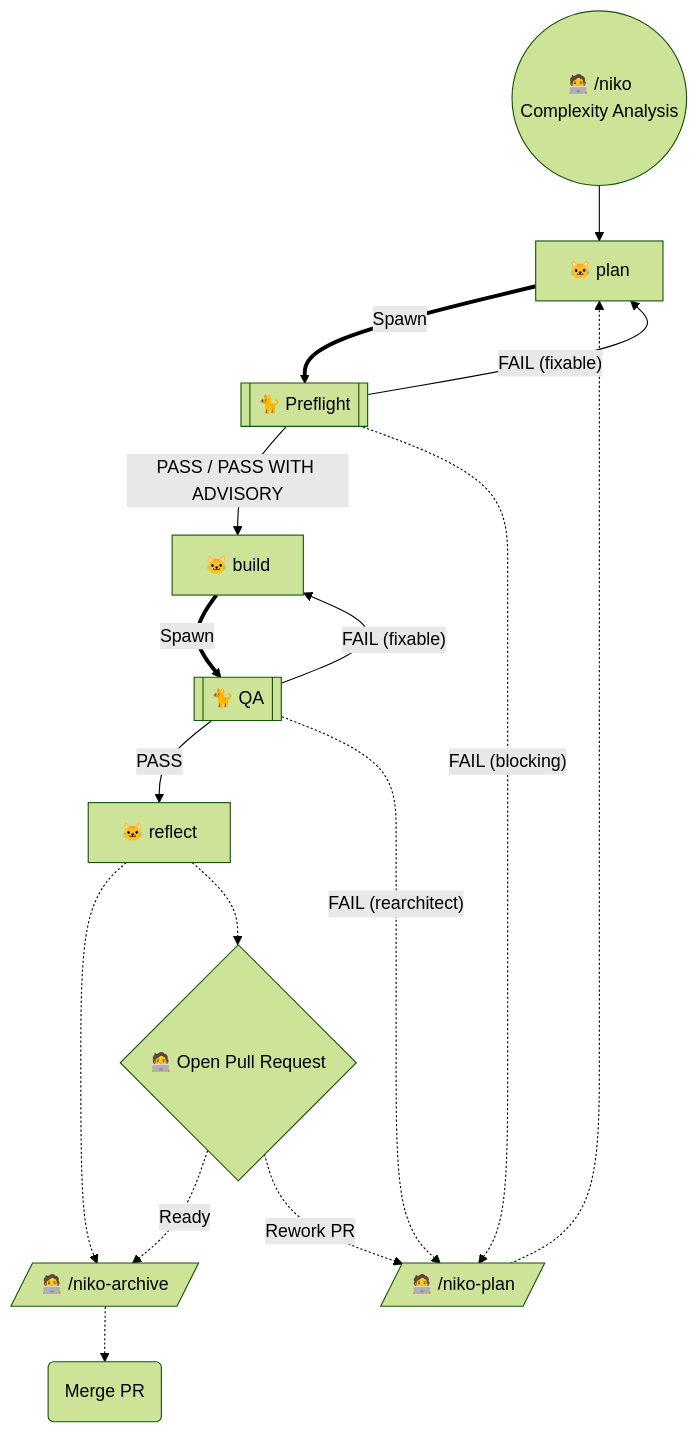
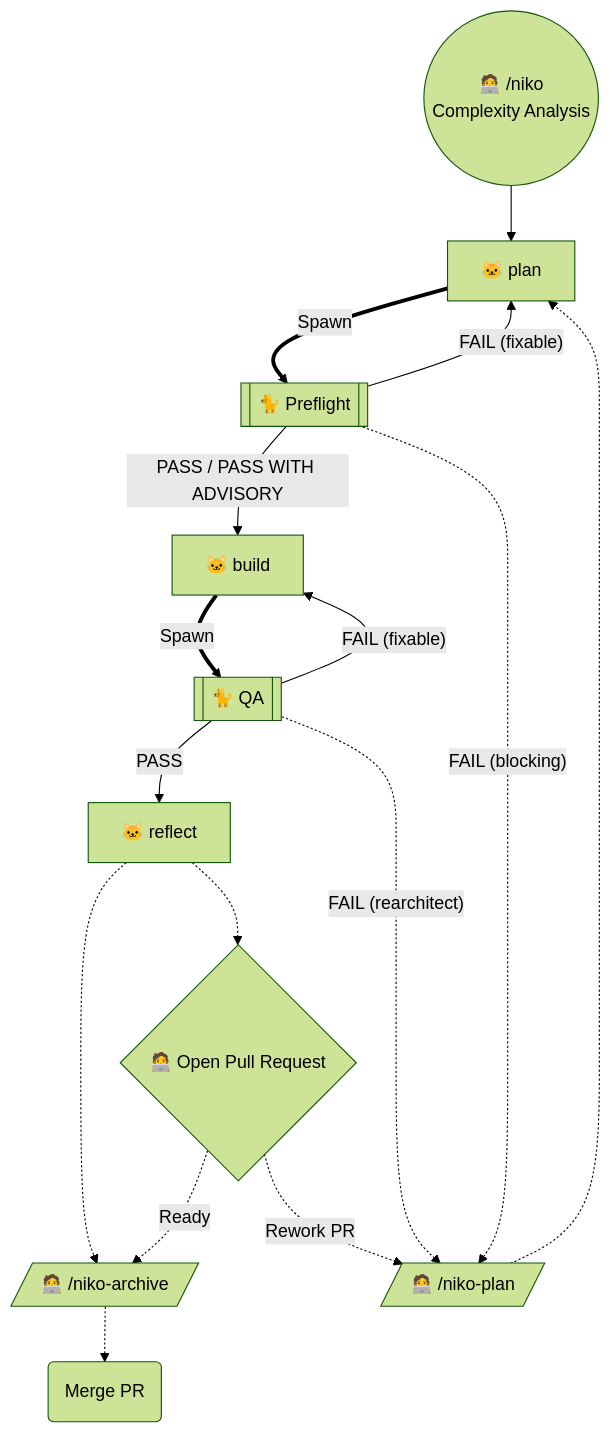
The fourth of 6 diagrams in rulesets/niko/README.md (Texarkanine/.cursor-rules), drawn with Mermaid (forest theme) before and after one commit. The commit also changed other lines of this file and 1 other file, not shown here.

Commit message:
fix(docs): README charts and level3 chart

````diff
--- a/rulesets/niko/README.md
+++ b/rulesets/niko/README.md
@@ -172,25 +177,34 @@
 ```mermaid
 flowchart TD
-	Start(("🧑‍💻 /niko<br>Complexity Analysis")) --> NikoPlan["🐱 plan"]
-	NikoPlan ==Spawn==> NikoPreflight[["🐈 Preflight"]]
-	NikoPreflight -->|"PASS / PASS WITH ADVISORY"| NikoBuild["🐱 build"]
+	Start(("🧑‍💻 /niko<br>Complexity Analysis"))
+    NikoPlan["🐱 plan"]
+    NikoPreflight[["🐈 Preflight"]]
+    NikoBuild["🐱 build"]
+    ManualPlan[/"🧑‍💻 /niko-plan"/]
+    NikoQA[["🐈 QA"]]
+    NikoReflect["🐱 reflect"]
+    ManualArchive[/"🧑‍💻 /niko-archive"/]
+    PR{"🧑‍💻 Open Pull Request"}
+    MergePR("Merge PR")
+
+    Start --> NikoPlan
 	NikoPreflight -->|"FAIL (fixable)"| NikoPlan
-	NikoPreflight -.->|"FAIL (blocking)"| ManualPlan[/"🧑‍💻 /niko-plan"/]
+    NikoPlan ==Spawn==> NikoPreflight
+	NikoPreflight -->|"PASS / PASS WITH ADVISORY"| NikoBuild
+	NikoPreflight -.->|"FAIL (blocking)"| ManualPlan
 
-	NikoBuild ==Spawn==> NikoQA[["🐈 QA"]]
-	NikoQA -->|"PASS"| NikoReflect["🐱 reflect"]
-	NikoReflect -.-> ManualArchive[/"🧑‍💻 /niko-archive"/]
+	NikoBuild ==Spawn==> NikoQA
+	NikoQA -->|"PASS"| NikoReflect
+	NikoReflect -.-> ManualArchive
 	NikoQA -->|"FAIL (fixable)"| NikoBuild
 	NikoQA -.->|"FAIL (rearchitect)"| ManualPlan
 
 	ManualPlan -.-> NikoPlan
-
-	PR{"🧑‍💻 Open Pull Request"}
 
 	NikoReflect -.-> PR
 
 	PR -."Ready".-> ManualArchive
 	PR -."Rework PR".-> ManualPlan
 
-	ManualArchive -.-> MergePR("Merge PR")
+	ManualArchive -.-> MergePR
 ```
````
